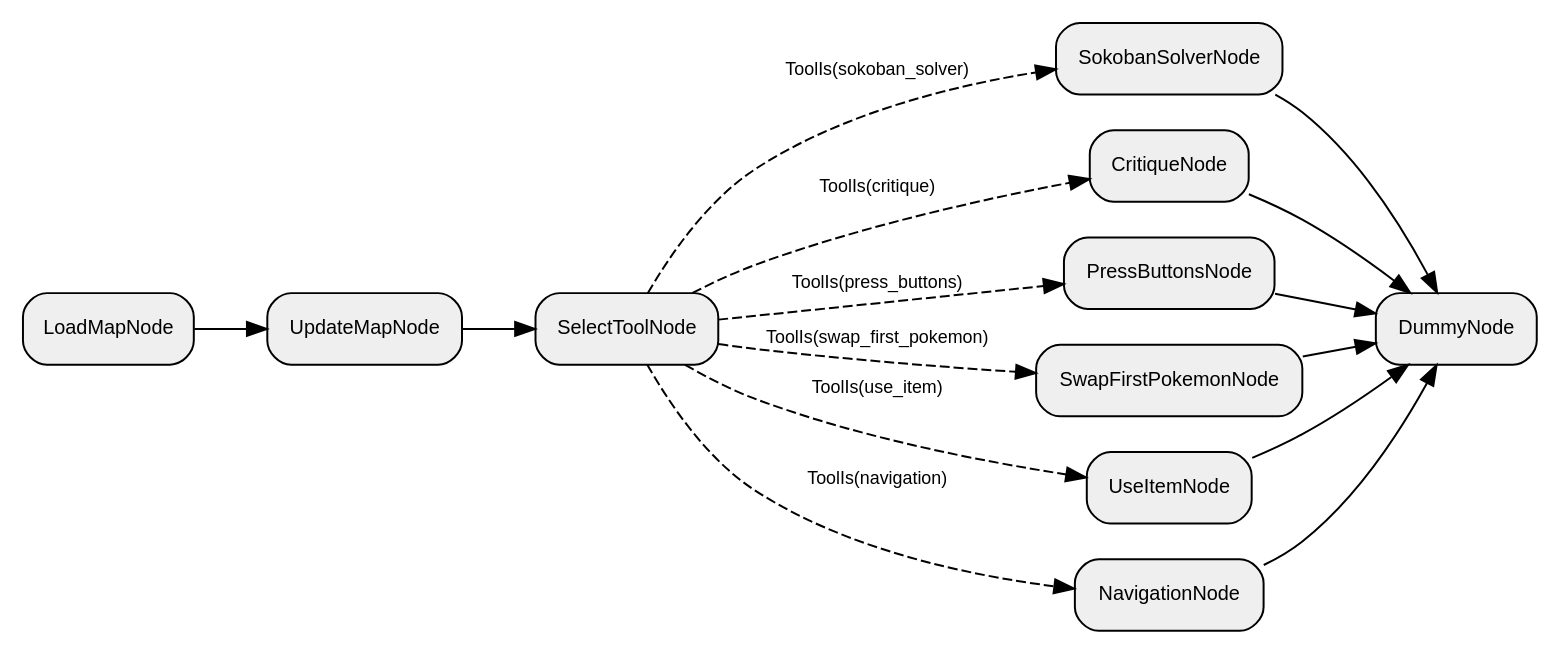
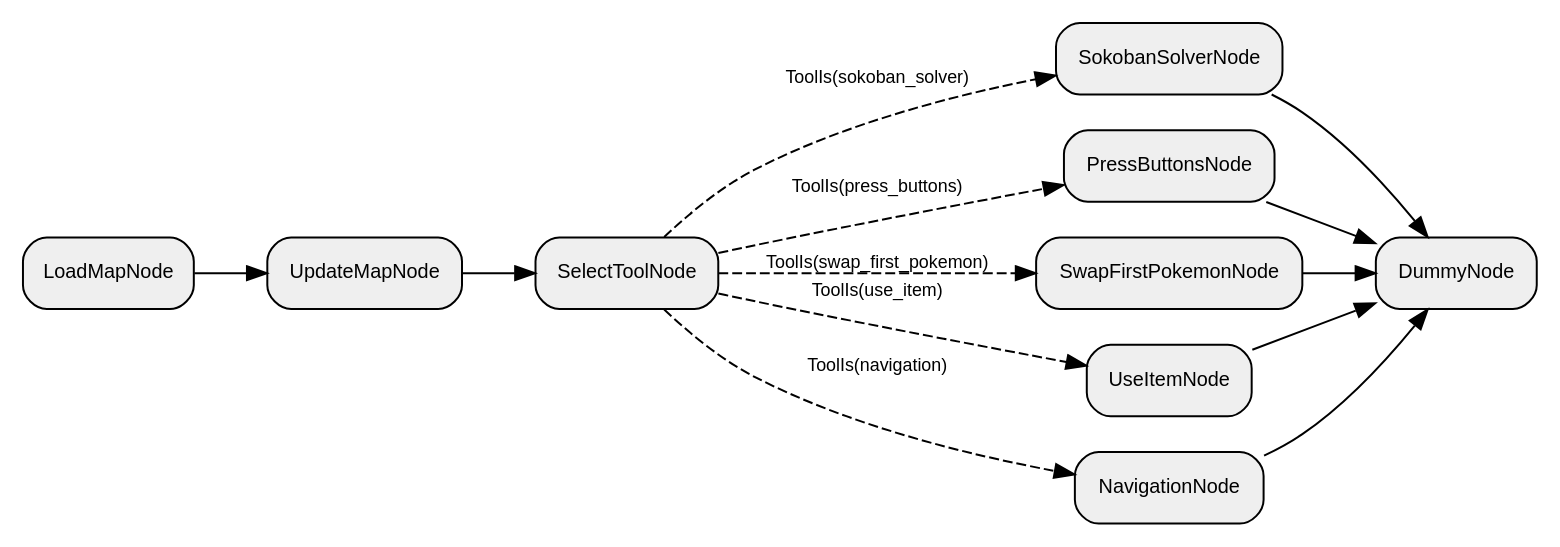
Before and after one commit to clambro/ai-plays-pokemon: the diagram in visualization/agent_graph/subflow_QIkEPkcV0JILIFlaS7gHv.dot, drawn with Graphviz. The commit also changed 70 other files, not shown here.

```diff
--- a/visualization/agent_graph/subflow_QIkEPkcV0JILIFlaS7gHv.dot
+++ b/visualization/agent_graph/subflow_QIkEPkcV0JILIFlaS7gHv.dot
@@ -1,30 +1,27 @@
 digraph "subflow_QIkEPkcV0JILIFlaS7gHv" {
   rankdir=LR;
   compound=true;
   node [shape=box, style="rounded,filled", fillcolor="#EFEFEF", fontname="Helvetica", fontsize=10];
   edge [fontname="Helvetica", fontsize=9];
   sBToJVm5xra9OxQBzL5Um [label="SokobanSolverNode"];
-  xg2mGLyKwok4bDw7afPFR [label="CritiqueNode"];
   "0fpkx3b7lQVoQVagpXRS2" [label="PressButtonsNode"];
   Y517JpY8yyrWfM65w8E1b [label="LoadMapNode"];
   rtMBAPePt87bvLPxAIzas [label="SelectToolNode"];
   HElFGc07fqIQPXHNia278 [label="SwapFirstPokemonNode"];
   "28cAYIgfDu1bLNZz1MVTd" [label="UseItemNode"];
   "8OX4nPRrRikyqbywL8H4Q" [label="DummyNode"];
   ZIgJFfn6Mgy7rlJcOhLS0 [label="UpdateMapNode"];
   r0ZmBU1qZB1rY8pHOBsFp [label="NavigationNode"];
   Y517JpY8yyrWfM65w8E1b -> ZIgJFfn6Mgy7rlJcOhLS0 [style="solid"];
   ZIgJFfn6Mgy7rlJcOhLS0 -> rtMBAPePt87bvLPxAIzas [style="solid"];
   rtMBAPePt87bvLPxAIzas -> "0fpkx3b7lQVoQVagpXRS2" [style="dashed", label="ToolIs(press_buttons)"];
   rtMBAPePt87bvLPxAIzas -> r0ZmBU1qZB1rY8pHOBsFp [style="dashed", label="ToolIs(navigation)"];
   rtMBAPePt87bvLPxAIzas -> HElFGc07fqIQPXHNia278 [style="dashed", label="ToolIs(swap_first_pokemon)"];
   rtMBAPePt87bvLPxAIzas -> "28cAYIgfDu1bLNZz1MVTd" [style="dashed", label="ToolIs(use_item)"];
   rtMBAPePt87bvLPxAIzas -> sBToJVm5xra9OxQBzL5Um [style="dashed", label="ToolIs(sokoban_solver)"];
-  rtMBAPePt87bvLPxAIzas -> xg2mGLyKwok4bDw7afPFR [style="dashed", label="ToolIs(critique)"];
   "0fpkx3b7lQVoQVagpXRS2" -> "8OX4nPRrRikyqbywL8H4Q" [style="solid"];
   r0ZmBU1qZB1rY8pHOBsFp -> "8OX4nPRrRikyqbywL8H4Q" [style="solid"];
   HElFGc07fqIQPXHNia278 -> "8OX4nPRrRikyqbywL8H4Q" [style="solid"];
   "28cAYIgfDu1bLNZz1MVTd" -> "8OX4nPRrRikyqbywL8H4Q" [style="solid"];
   sBToJVm5xra9OxQBzL5Um -> "8OX4nPRrRikyqbywL8H4Q" [style="solid"];
-  xg2mGLyKwok4bDw7afPFR -> "8OX4nPRrRikyqbywL8H4Q" [style="solid"];
 }
```
